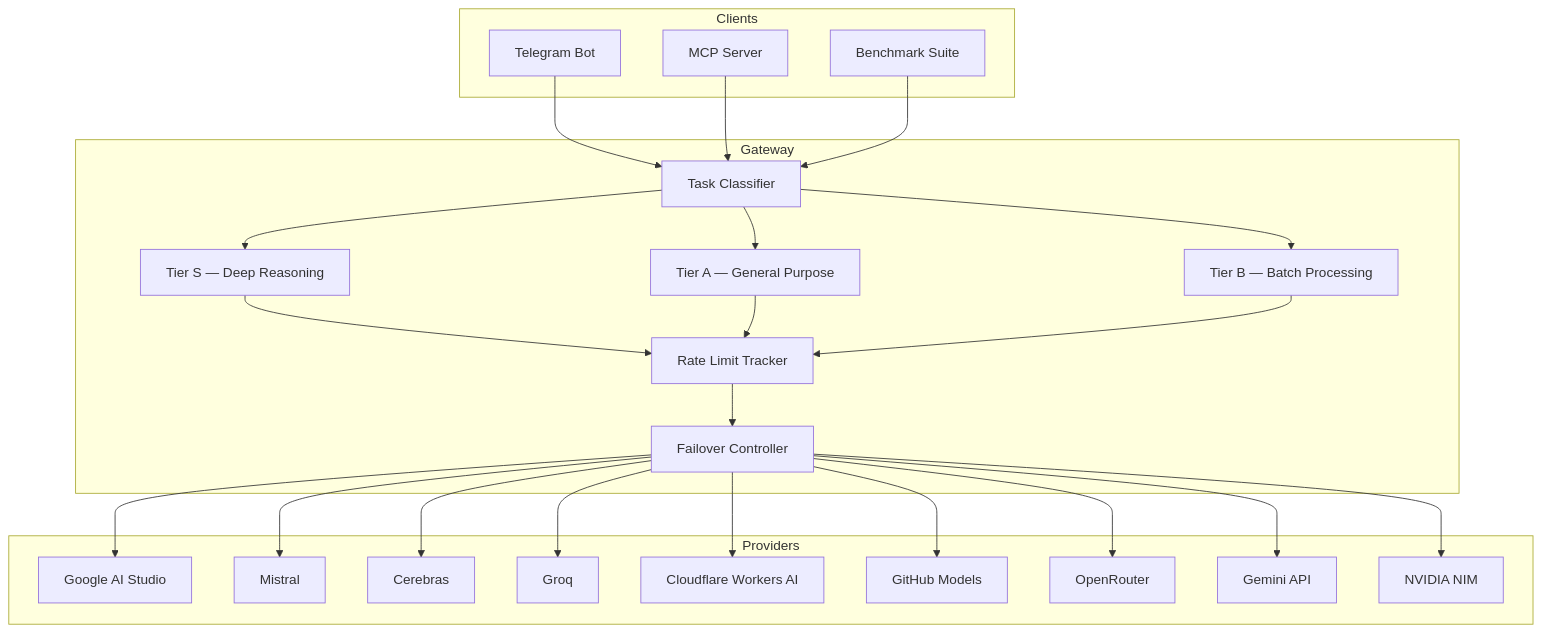
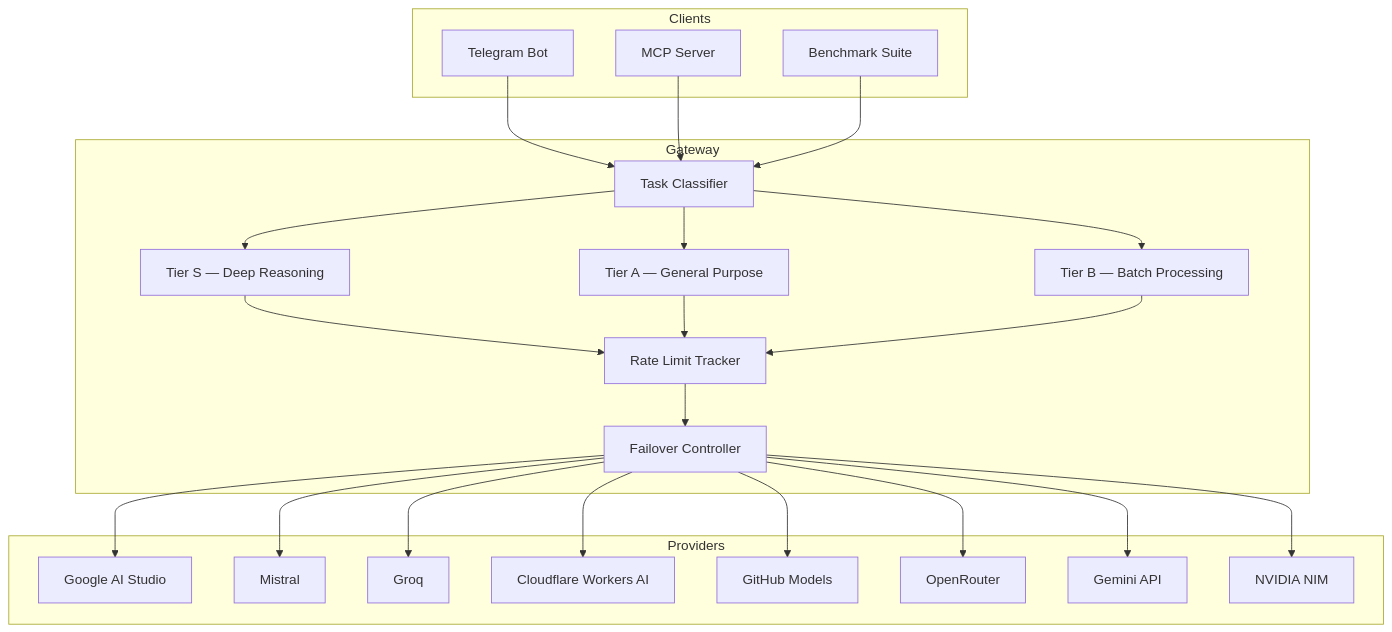
Before and after one commit to tengigabytes/Echeneis: the diagram in README.md, drawn with Mermaid. The commit also changed other lines of this file and 7 other files, not shown here.

````diff
--- a/README.md
+++ b/README.md
@@ -26,53 +26,51 @@
 ```mermaid
 graph TD
     subgraph Clients
         TB[Telegram Bot]
         MCP[MCP Server]
         BM[Benchmark Suite]
     end
 
     subgraph Gateway
         TC[Task Classifier]
         TS[Tier S — Deep Reasoning]
         TA[Tier A — General Purpose]
         TBT[Tier B — Batch Processing]
         RL[Rate Limit Tracker]
         FO[Failover Controller]
     end
 
     subgraph Providers
         GAS[Google AI Studio]
         MIS[Mistral]
-        CER[Cerebras]
         GRQ[Groq]
         CF[Cloudflare Workers AI]
         GH[GitHub Models]
         OR[OpenRouter]
         GEM[Gemini API]
         NIM[NVIDIA NIM]
     end
 
     TB --> TC
     MCP --> TC
     BM --> TC
 
     TC --> TS
     TC --> TA
     TC --> TBT
 
     TS --> RL
     TA --> RL
     TBT --> RL
 
     RL --> FO
 
     FO --> GAS
     FO --> MIS
-    FO --> CER
     FO --> GRQ
     FO --> CF
     FO --> GH
     FO --> OR
     FO --> GEM
     FO --> NIM
 ```
````
